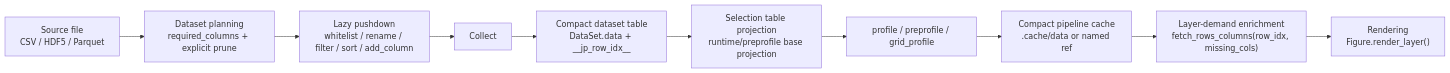
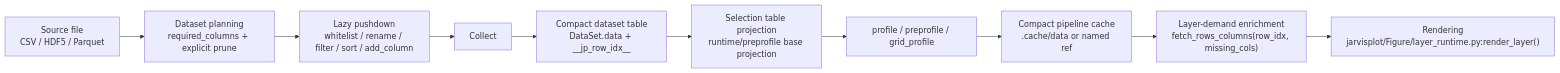
Before and after one commit to Pengxuan-Zhu-Phys/Jarvis-PLOT: the diagram in docs/design/ARCHITECTURE_OVERVIEW.md, drawn with Mermaid. The commit also changed other lines of this file and 15 other files, not shown here.

````diff
--- a/docs/design/ARCHITECTURE_OVERVIEW.md
+++ b/docs/design/ARCHITECTURE_OVERVIEW.md
@@ -67,12 +67,12 @@
 ```mermaid
 flowchart LR
     A["Source file<br/>CSV / HDF5 / Parquet"] --> B["Dataset planning<br/>required_columns + explicit prune"]
     B --> C["Lazy pushdown<br/>whitelist / rename / filter / sort / add_column"]
     C --> D["Collect"]
     D --> E["Compact dataset table<br/>DataSet.data + __jp_row_idx__"]
     E --> F["Selection table projection<br/>runtime/preprofile base projection"]
     F --> G["profile / preprofile / grid_profile"]
     G --> H["Compact pipeline cache<br/>.cache/data or named ref"]
     H --> I["Layer-demand enrichment<br/>fetch_rows_columns(row_idx, missing_cols)"]
-    I --> J["Rendering<br/>Figure.render_layer()"]
+    I --> J["Rendering<br/>jarvisplot/Figure/layer_runtime.py:render_layer()"]
 ```
````
